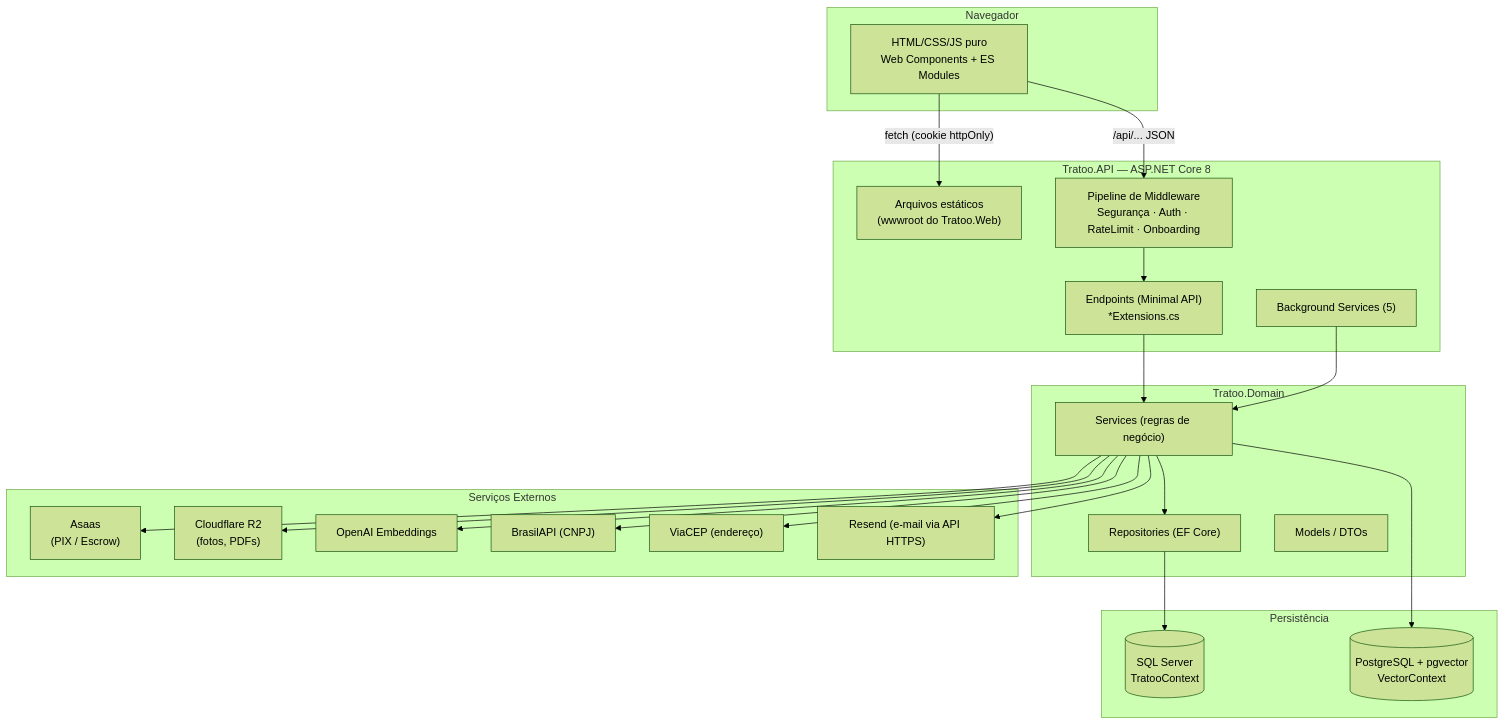
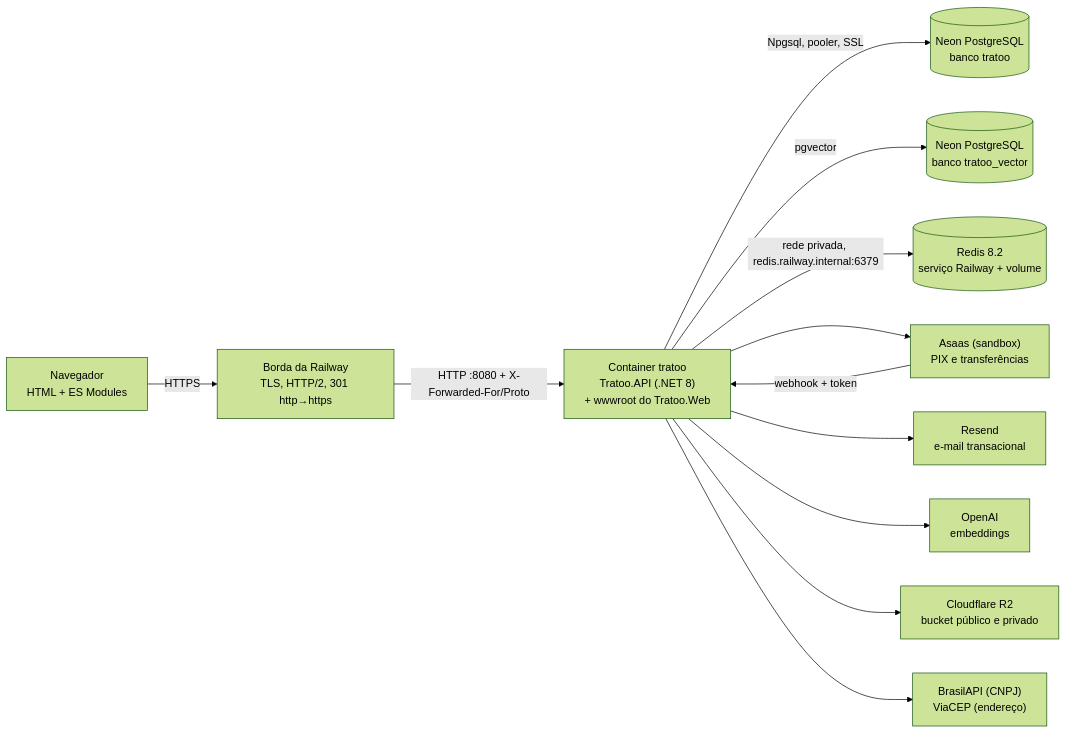
Before and after one commit to Gustavo-C-almeida/tratoo: the first of 8 diagrams in Docs/ARQUITETURA.md, drawn with Mermaid (forest theme). The commit also changed other lines of this file and 1 other file, not shown here.

````diff
--- a/Docs/ARQUITETURA.md
+++ b/Docs/ARQUITETURA.md
@@ -39,48 +100,14 @@
 ```mermaid
-graph TD
-    subgraph Cliente["Navegador"]
-        UI["HTML/CSS/JS puro<br/>Web Components + ES Modules"]
-    end
-
-    subgraph Host["Tratoo.API — ASP.NET Core 8"]
-        Static["Arquivos estáticos<br/>(wwwroot do Tratoo.Web)"]
-        MW["Pipeline de Middleware<br/>Segurança · Auth · RateLimit · Onboarding"]
-        EP["Endpoints (Minimal API)<br/>*Extensions.cs"]
-        BG["Background Services (5)"]
-    end
-
-    subgraph Domain["Tratoo.Domain"]
-        SVC["Services (regras de negócio)"]
-        REPO["Repositories (EF Core)"]
-        MODEL["Models / DTOs"]
-    end
-
-    subgraph Dados["Persistência"]
-        SQL[("SQL Server<br/>TratooContext")]
-        PG[("PostgreSQL + pgvector<br/>VectorContext")]
-    end
-
-    subgraph Externos["Serviços Externos"]
-        ASAAS["Asaas<br/>(PIX / Escrow)"]
-        R2["Cloudflare R2<br/>(fotos, PDFs)"]
-        OPENAI["OpenAI Embeddings"]
-        BRASIL["BrasilAPI (CNPJ)"]
-        VIACEP["ViaCEP (endereço)"]
-        RESEND["Resend (e-mail via API HTTPS)"]
-    end
-
-    UI -->|"fetch (cookie httpOnly)"| Static
-    UI -->|"/api/... JSON"| MW
-    MW --> EP
-    EP --> SVC
-    SVC --> REPO
-    REPO --> SQL
-    SVC --> PG
-    BG --> SVC
-    SVC --> ASAAS
-    SVC --> R2
-    SVC --> OPENAI
-    SVC --> BRASIL
-    SVC --> VIACEP
-    SVC --> RESEND
+flowchart LR
+    U["Navegador<br/>HTML + ES Modules"] -->|"HTTPS"| E["Borda da Railway<br/>TLS, HTTP/2, 301 http→https"]
+    E -->|"HTTP :8080 + X-Forwarded-For/Proto"| A["Container tratoo<br/>Tratoo.API (.NET 8)<br/>+ wwwroot do Tratoo.Web"]
+    A -->|"Npgsql, pooler, SSL"| N1[("Neon PostgreSQL<br/>banco tratoo")]
+    A -->|"pgvector"| N2[("Neon PostgreSQL<br/>banco tratoo_vector")]
+    A -->|"rede privada, redis.railway.internal:6379"| R[("Redis 8.2<br/>serviço Railway + volume")]
+    A --> AS["Asaas (sandbox)<br/>PIX e transferências"]
+    AS -->|"webhook + token"| A
+    A --> RS["Resend<br/>e-mail transacional"]
+    A --> OA["OpenAI<br/>embeddings"]
+    A --> R2["Cloudflare R2<br/>bucket público e privado"]
+    A --> BR["BrasilAPI (CNPJ)<br/>ViaCEP (endereço)"]
 ```
````
